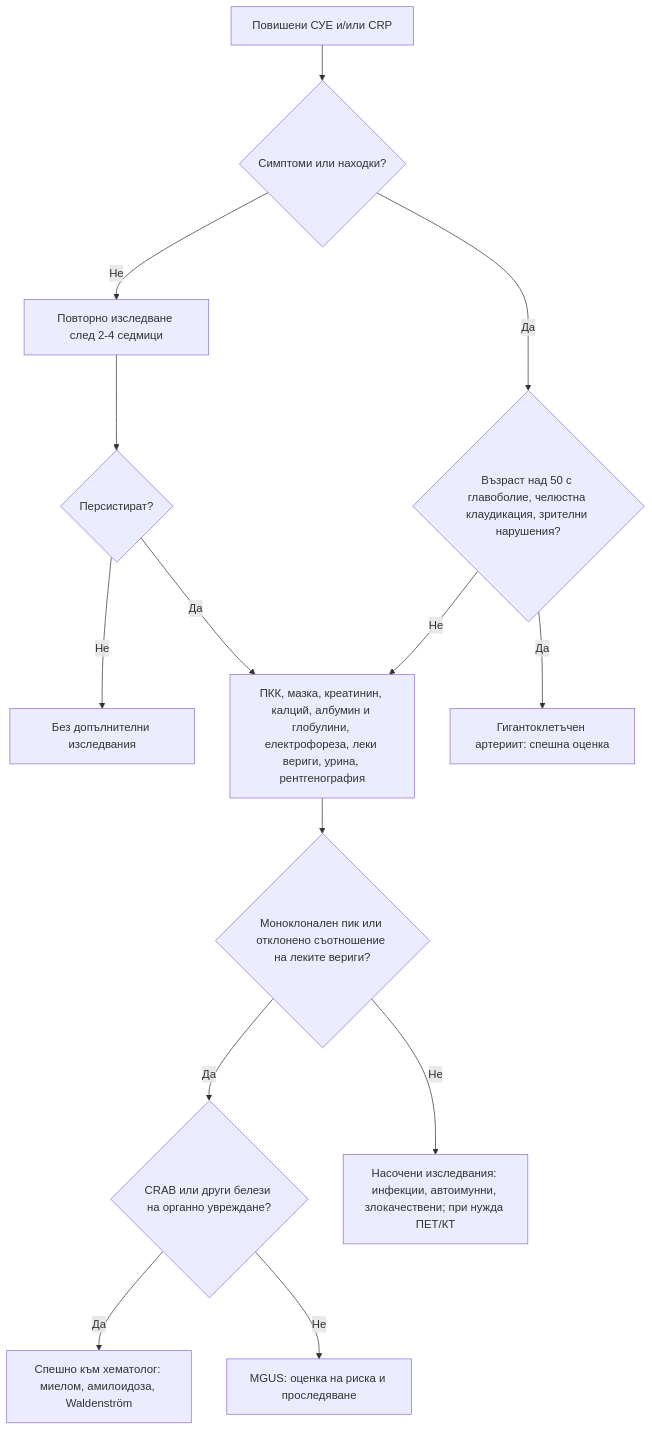
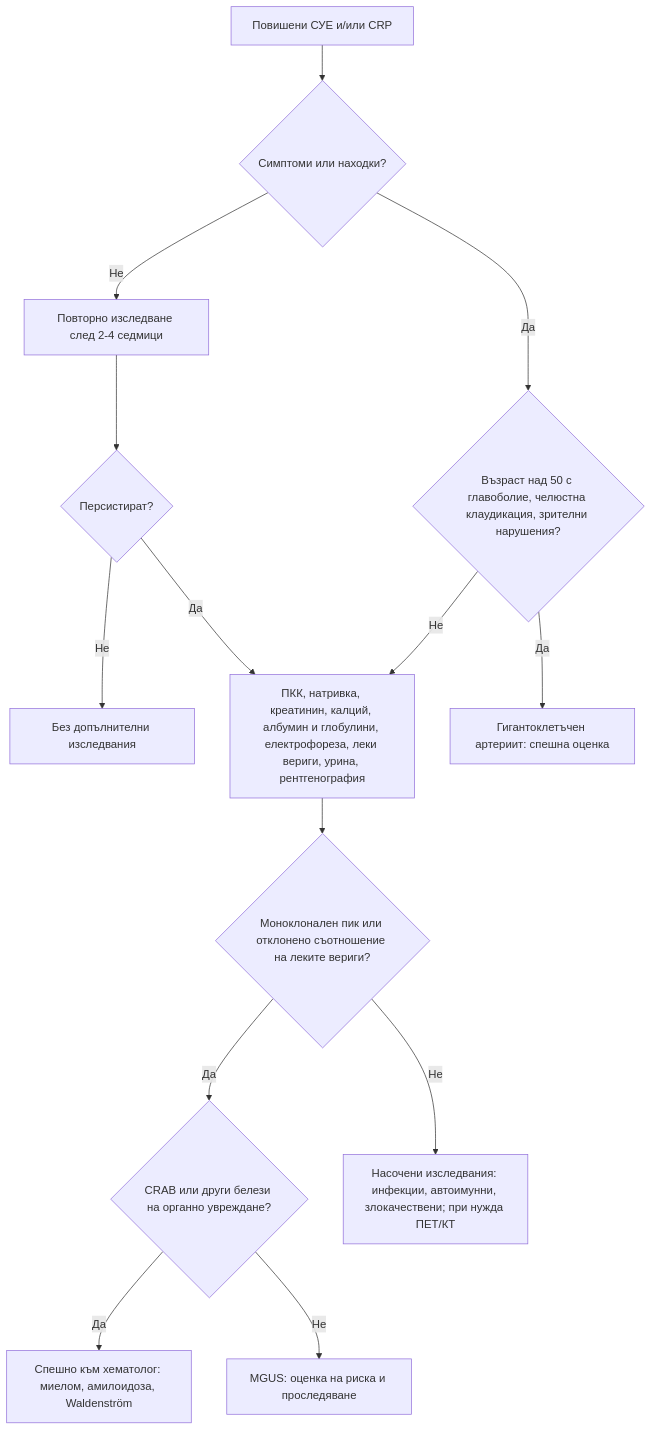
One commit to yancho26/yancho changed the diagram in glavi/35-vazpalitelni-pokazateli-paraproteini.md. Above: the diagram before and after it, drawn with Mermaid. The commit also changed other lines of this file and 10 other files, not shown here.

````diff
--- a/glavi/35-vazpalitelni-pokazateli-paraproteini.md
+++ b/glavi/35-vazpalitelni-pokazateli-paraproteini.md
@@ -156,18 +156,18 @@
 ```mermaid
 flowchart TD
     accTitle: Диагностичен алгоритъм: повишени възпалителни показатели и парапротеинемия
     accDescr: Блок-схема. Начало: Повишени СУЕ и/или CRP. Въпроси: Симптоми или находки? · Възраст над 50 с главоболие, челюстна клаудикация, зрителни нарушения? · Персистират? · Моноклонален пик или отклонено съотношение на леките вериги? · CRAB или други белези на органно увреждане? Пълното текстово описание е под схемата.
     A["Повишени СУЕ и/или CRP"] --> B{"Симптоми или находки?"}
     B -->|Не| C["Повторно изследване след 2-4 седмици"]
     C --> D{"Персистират?"}
     D -->|Не| E["Без допълнителни изследвания"]
-    D -->|Да| F["ПКК, мазка, креатинин, калций, албумин и глобулини, електрофореза, леки вериги, урина, рентгенография"]
+    D -->|Да| F["ПКК, натривка, креатинин, калций, албумин и глобулини, електрофореза, леки вериги, урина, рентгенография"]
     B -->|Да| G{"Възраст над 50 с главоболие, челюстна клаудикация, зрителни нарушения?"}
     G -->|Да| H["Гигантоклетъчен артериит: спешна оценка"]
     G -->|Не| F
     F --> I{"Моноклонален пик или отклонено съотношение на леките вериги?"}
     I -->|Да| J{"CRAB или други белези на органно увреждане?"}
     J -->|Да| K["Спешно към хематолог: миелом, амилоидоза, Waldenström"]
     J -->|Не| L["MGUS: оценка на риска и проследяване"]
     I -->|Не| M["Насочени изследвания: инфекции, автоимунни, злокачествени; при нужда ПЕТ/КТ"]
 ```
````
